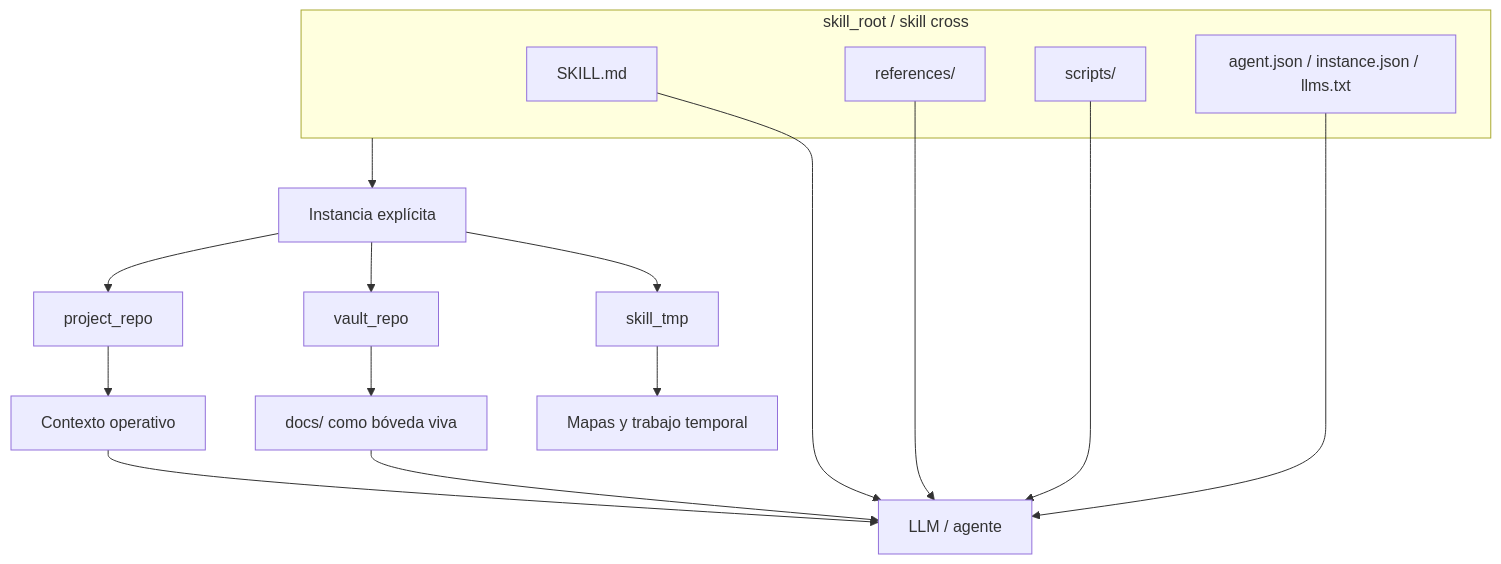
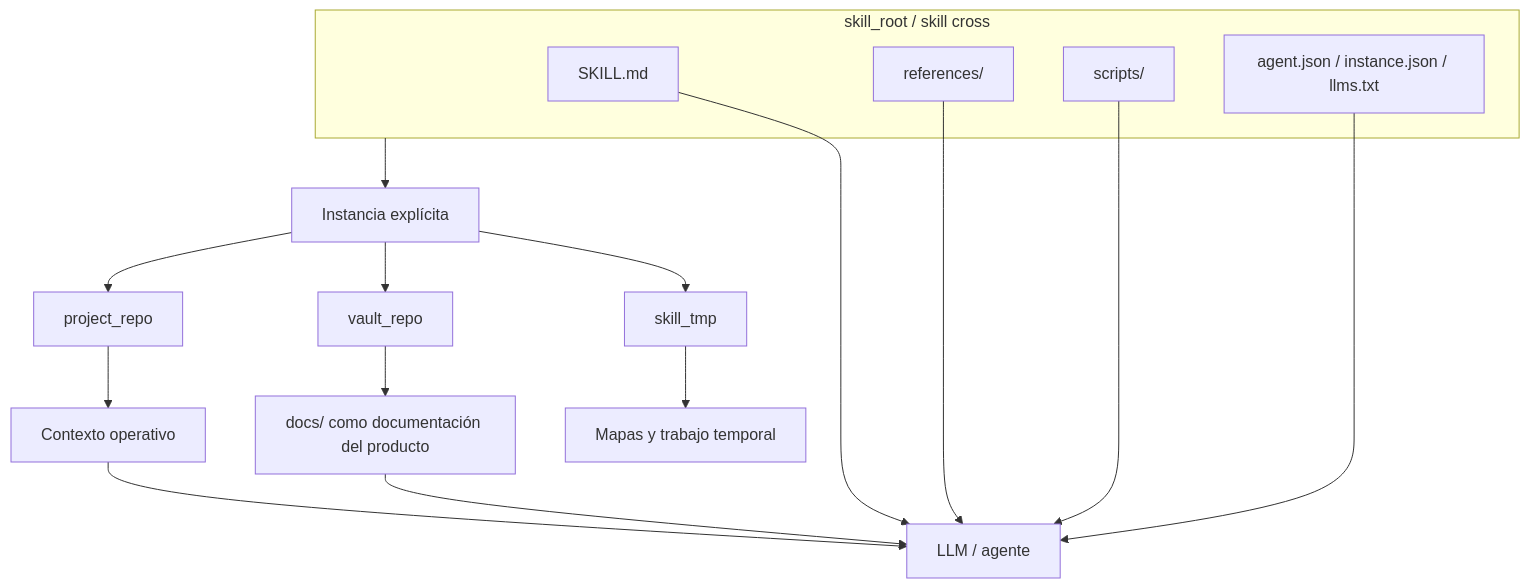
One commit to AkimboTheOne/ia-skill-neurona changed the diagram in docs/05-NEURONA/diagrama-multi-repo-y-gobernanza.md. Above: the diagram before and after it, drawn with Mermaid. The commit also changed other lines of this file and 113 other files, not shown here.

````diff
--- a/docs/05-NEURONA/diagrama-multi-repo-y-gobernanza.md
+++ b/docs/05-NEURONA/diagrama-multi-repo-y-gobernanza.md
@@ -20,25 +20,25 @@
 ```mermaid
 flowchart TD
     subgraph S[skill_root / skill cross]
         SK[SKILL.md]
         RF[references/]
         SC[scripts/]
         MF[agent.json / instance.json / llms.txt]
     end
 
     S --> A[Instancia explícita]
     A --> PRJ[project_repo]
     A --> VAULT[vault_repo]
     A --> TMP[skill_tmp]
 
     PRJ --> X[Contexto operativo]
-    VAULT --> Y[docs/ como bóveda viva]
+    VAULT --> Y[docs/ como documentación del producto]
     TMP --> T[Mapas y trabajo temporal]
 
     X --> LLM[LLM / agente]
     Y --> LLM
     SK --> LLM
     RF --> LLM
     SC --> LLM
     MF --> LLM
 ```
````
